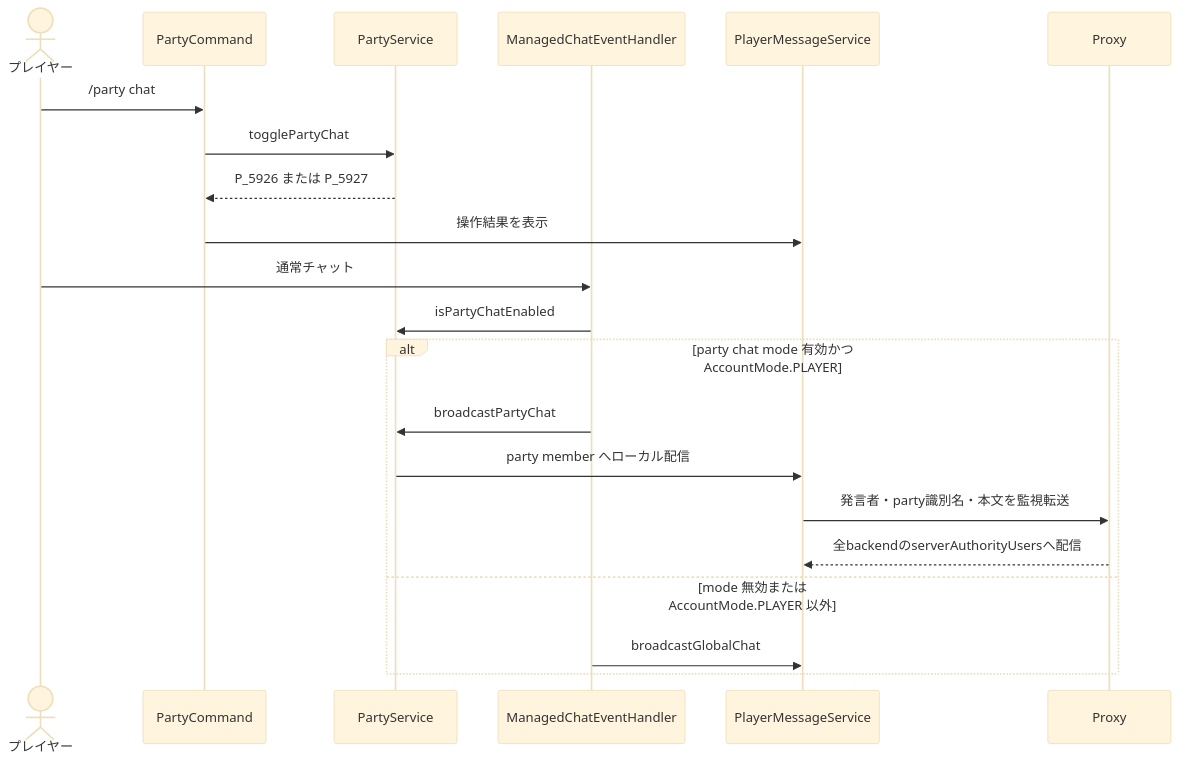
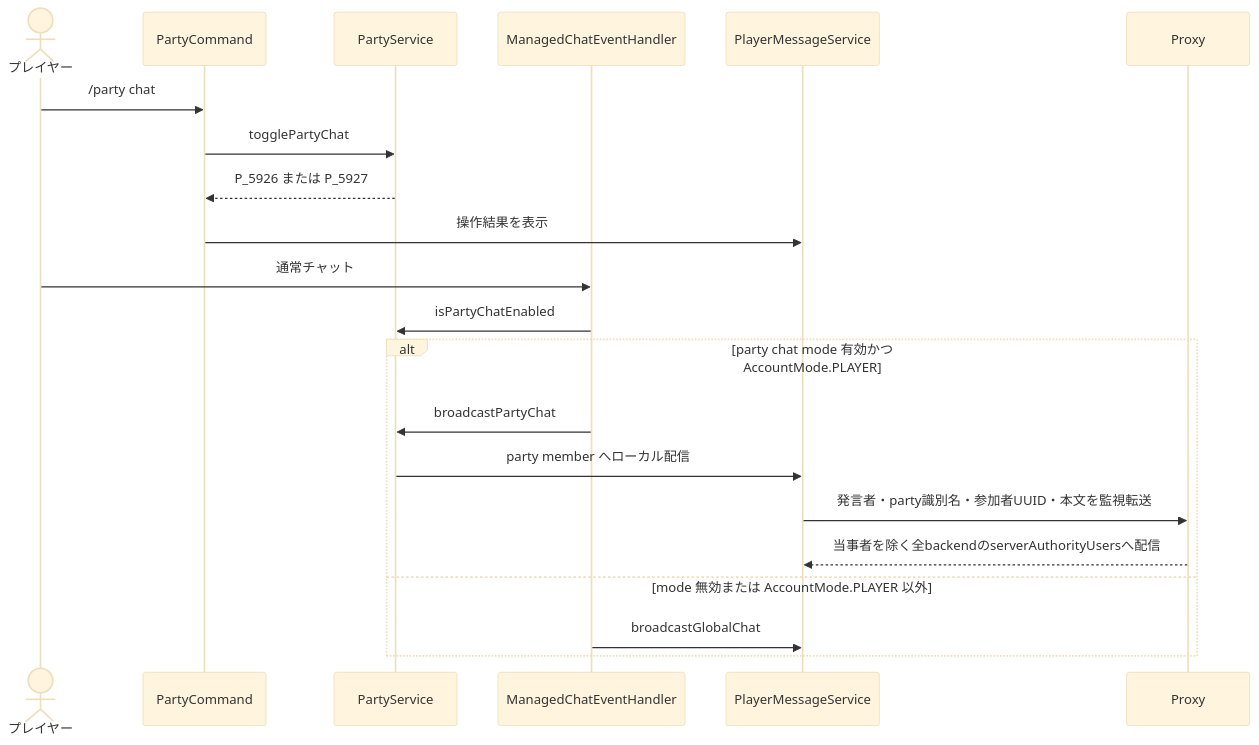
The fifth of 7 diagrams in 00_docs/10_Plugin設計書/feature/19-party/19_4-統合フロー.md (maaasu/AstralRecord-Workspace), drawn with Mermaid (base theme) before and after one commit. The commit also changed 14 other files, not shown here.

````diff
--- a/00_docs/10_Plugin設計書/feature/19-party/19_4-統合フロー.md
+++ b/00_docs/10_Plugin設計書/feature/19-party/19_4-統合フロー.md
@@ -136,22 +136,22 @@
 ```mermaid
 sequenceDiagram
     actor Player as プレイヤー
     participant Command as PartyCommand
     participant Party as PartyService
     participant Chat as ManagedChatEventHandler
     participant Message as PlayerMessageService
     Player->>Command: /party chat
     Command->>Party: togglePartyChat
     Party-->>Command: P_5926 または P_5927
     Command->>Message: 操作結果を表示
     Player->>Chat: 通常チャット
     Chat->>Party: isPartyChatEnabled
     alt party chat mode 有効かつ AccountMode.PLAYER
         Chat->>Party: broadcastPartyChat
         Party->>Message: party member へローカル配信
-        Message->>Proxy: 発言者・party識別名・本文を監視転送
-        Proxy-->>Message: 全backendのserverAuthorityUsersへ配信
+        Message->>Proxy: 発言者・party識別名・参加者UUID・本文を監視転送
+        Proxy-->>Message: 当事者を除く全backendのserverAuthorityUsersへ配信
     else mode 無効または AccountMode.PLAYER 以外
         Chat->>Message: broadcastGlobalChat
     end
 ```
````
